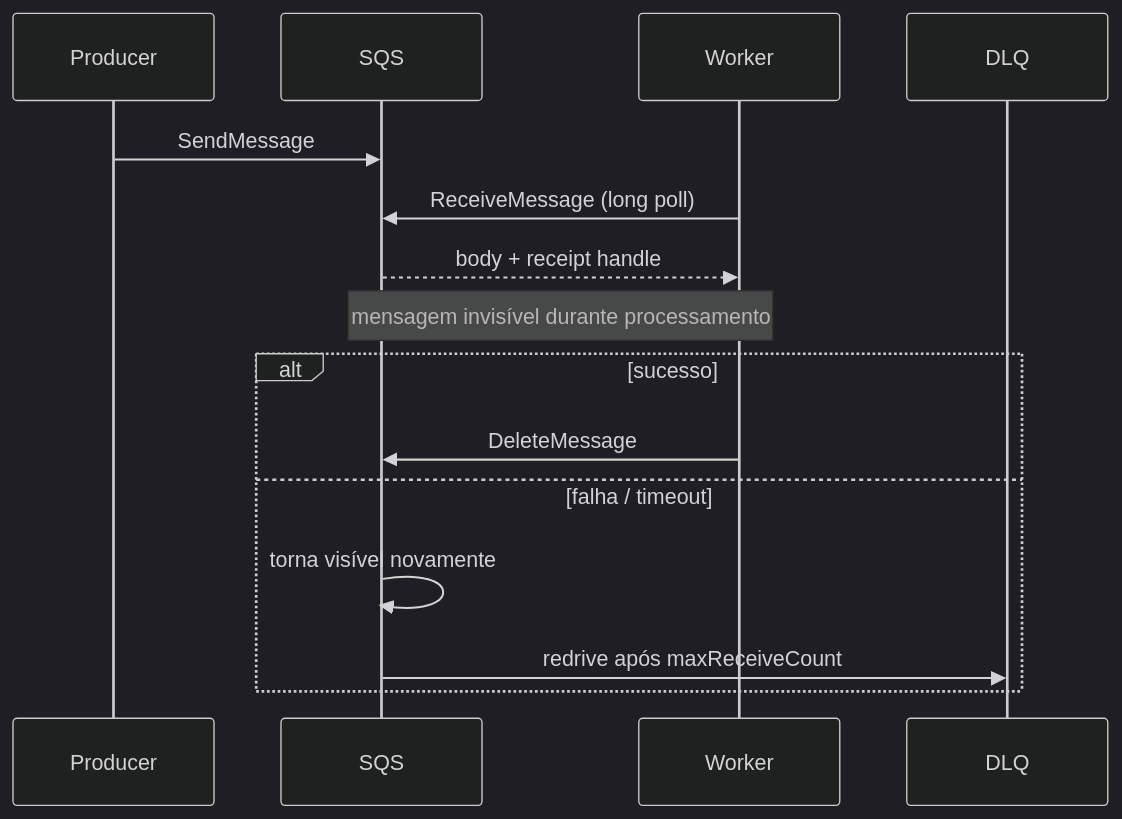
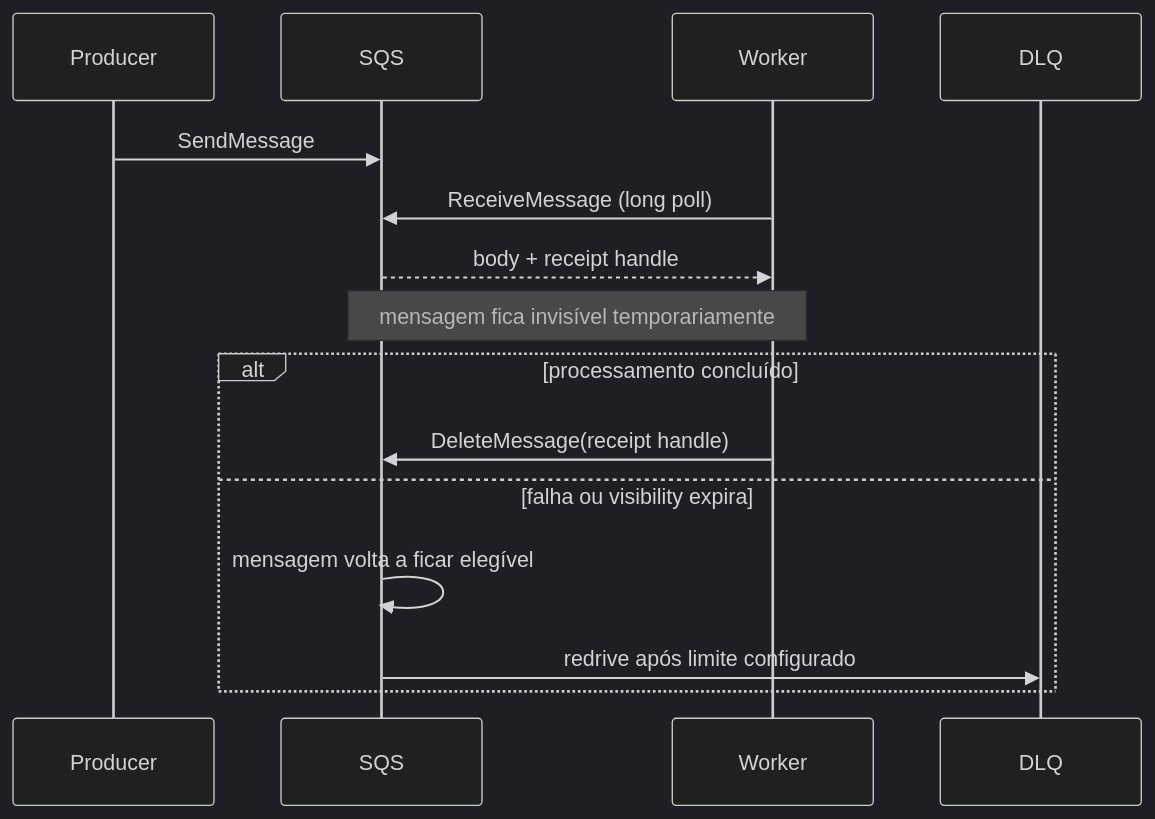
One commit to blasther12/alexandria changed the diagram in messaging/sqs/README.md. Above: the diagram before and after it, drawn with Mermaid (dark theme). The commit also changed other lines of this file, not shown here.

````diff
--- a/messaging/sqs/README.md
+++ b/messaging/sqs/README.md
@@ -7,17 +34,17 @@
 ```mermaid
 sequenceDiagram
     participant P as Producer
     participant Q as SQS
     participant W as Worker
     participant D as DLQ
     P->>Q: SendMessage
     W->>Q: ReceiveMessage (long poll)
     Q-->>W: body + receipt handle
-    Note over Q,W: mensagem invisível durante processamento
-    alt sucesso
-        W->>Q: DeleteMessage
-    else falha / timeout
-        Q->>Q: torna visível novamente
-        Q->>D: redrive após maxReceiveCount
+    Note over Q,W: mensagem fica invisível temporariamente
+    alt processamento concluído
+        W->>Q: DeleteMessage(receipt handle)
+    else falha ou visibility expira
+        Q->>Q: mensagem volta a ficar elegível
+        Q->>D: redrive após limite configurado
     end
 ```
````
